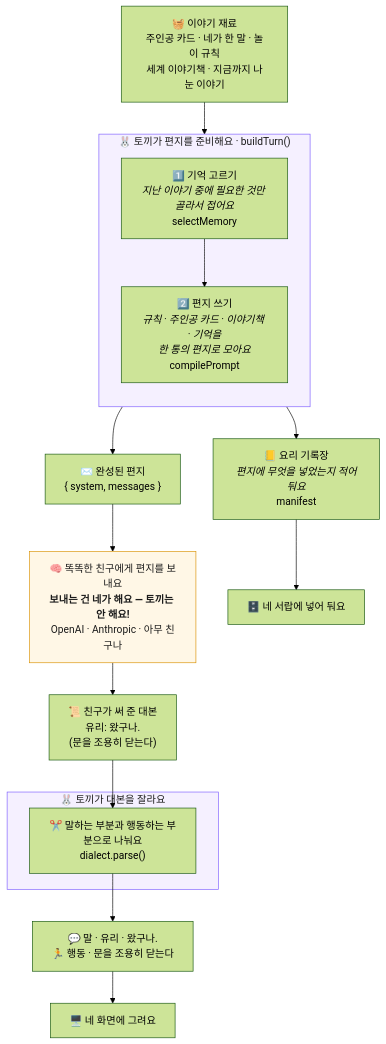
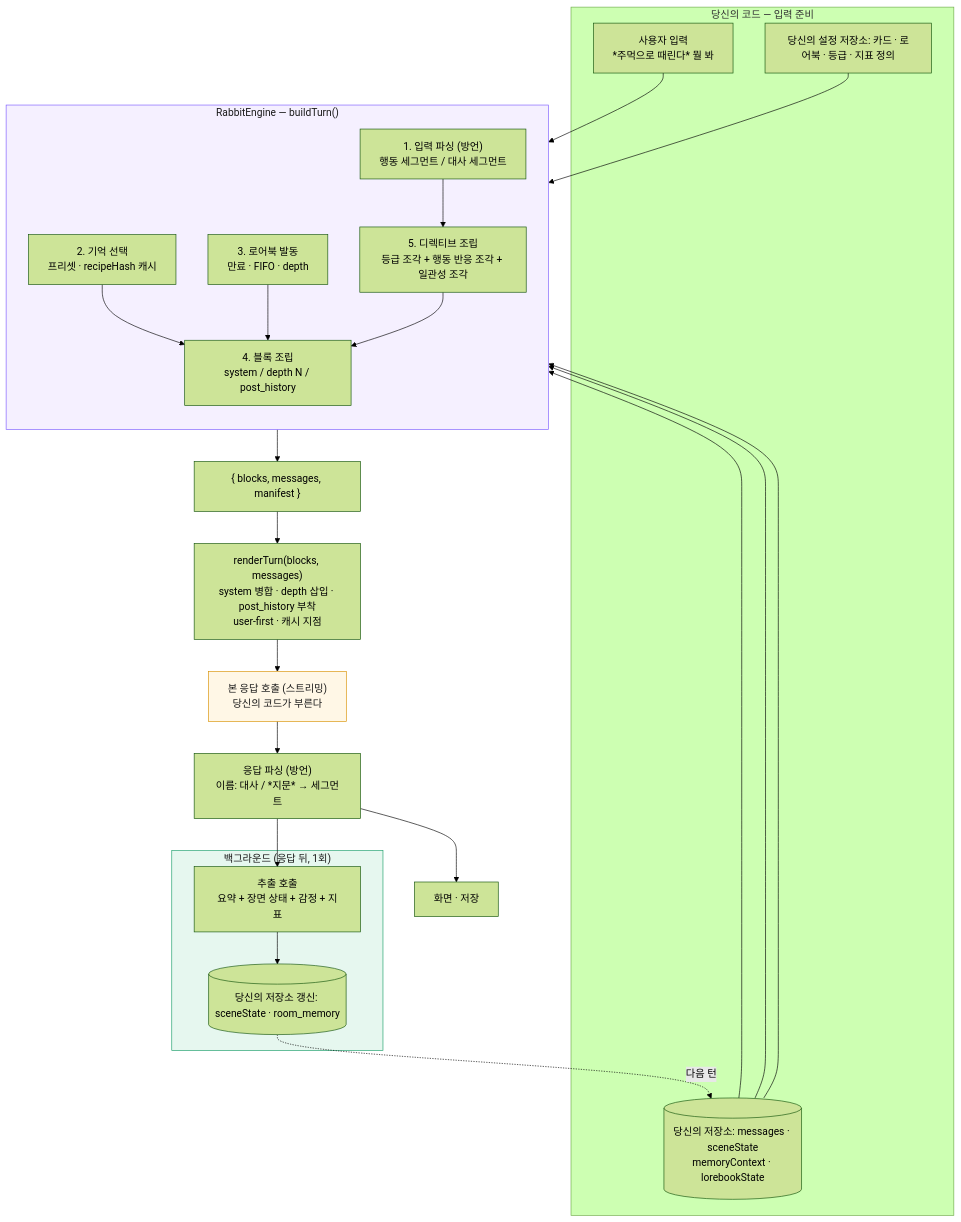
The first of 3 diagrams in README.md (saroby/RabbitEngine), drawn with Mermaid (forest theme) before and after one commit. The commit also changed other lines of this file and 5 other files, not shown here.

````diff
--- a/README.md
+++ b/README.md
@@ -11,32 +11,46 @@
 ```mermaid
 flowchart TB
-    IN["🧺 이야기 재료<br>주인공 카드 · 네가 한 말 · 놀이 규칙<br>세계 이야기책 · 지금까지 나눈 이야기"]
-
-    subgraph E1["🐰 토끼가 편지를 준비해요 · buildTurn()"]
-        direction TB
-        SM["1️⃣ 기억 고르기<br><i>지난 이야기 중에 필요한 것만 골라서 접어요</i><br>selectMemory"] --> CP["2️⃣ 편지 쓰기<br><i>규칙 · 주인공 카드 · 이야기책 · 기억을<br>한 통의 편지로 모아요</i><br>compilePrompt"]
+    subgraph HOST_IN["당신의 코드 — 입력 준비"]
+        U["사용자 입력<br>*주먹으로 때린다* 뭘 봐"]
+        DB[("당신의 저장소: messages · sceneState<br>memoryContext · lorebookState")]
+        CAT["당신의 설정 저장소: 카드 · 로어북 · 등급 · 지표 정의"]
     end
 
-    REQ["✉️ 완성된 편지<br>{ system, messages }"]
-    MAN["📒 요리 기록장<br><i>편지에 무엇을 넣었는지 적어둬요</i><br>manifest"]
-    LLM["🧠 똑똑한 친구에게 편지를 보내요<br><b>보내는 건 네가 해요 — 토끼는 안 해요!</b><br>OpenAI · Anthropic · 아무 친구나"]
-    SCR["📜 친구가 써 준 대본<br>유리: 왔구나.<br>(문을 조용히 닫는다)"]
-
-    subgraph E2["🐰 토끼가 대본을 잘라요"]
-        PARSE["✂️ 말하는 부분과 행동하는 부분으로 나눠요<br>dialect.parse()"]
+    subgraph ENGINE["RabbitEngine — buildTurn()"]
+        direction TB
+        P1["1. 입력 파싱 (방언)<br>행동 세그먼트 / 대사 세그먼트"]
+        P2["2. 기억 선택<br>프리셋 · recipeHash 캐시"]
+        P3["3. 로어북 발동<br>만료 · FIFO · depth"]
+        P4["4. 블록 조립<br>system / depth N / post_history"]
+        P5["5. 디렉티브 조립<br>등급 조각 + 행동 반응 조각 + 일관성 조각"]
+        P1 --> P5
+        P2 --> P4
+        P3 --> P4
+        P5 --> P4
     end
 
-    SEG["💬 말 · 유리 · 왔구나.<br>🏃 행동 · 문을 조용히 닫는다"]
-    UI["🖥️ 네 화면에 그려요"]
-    ST["🗄️ 네 서랍에 넣어 둬요"]
+    OUT["{ blocks, messages, manifest }"]
+    R["renderTurn(blocks, messages)<br>system 병합 · depth 삽입 · post_history 부착<br>user-first · 캐시 지점"]
+    LLM["본 응답 호출 (스트리밍)<br>당신의 코드가 부른다"]
+    PARSE["응답 파싱 (방언)<br>이름: 대사 / *지문* → 세그먼트"]
+    UI["화면 · 저장"]
 
-    IN --> SM
-    CP --> REQ
-    CP --> MAN
-    REQ --> LLM --> SCR --> PARSE --> SEG --> UI
-    MAN --> ST
+    subgraph BG["백그라운드 (응답 뒤, 1회)"]
+        X["추출 호출<br>요약 + 장면 상태 + 감정 + 지표"]
+        S[("당신의 저장소 갱신: sceneState · room_memory")]
+        X --> S
+    end
 
-    style E1 fill:#f5f0ff,stroke:#7c5cff,color:#1a1a1a
-    style E2 fill:#f5f0ff,stroke:#7c5cff,color:#1a1a1a
+    U --> P1
+    DB --> P2
+    DB --> P3
+    CAT --> P4
+    DB --> P4
+    ENGINE --> OUT --> R --> LLM --> PARSE --> UI
+    PARSE --> X
+    S -. 다음 턴 .-> DB
+
+    style ENGINE fill:#f5f0ff,stroke:#7c5cff,color:#1a1a1a
+    style BG fill:#e6f7ef,stroke:#1a9e6a,color:#1a1a1a
     style LLM fill:#fff7e6,stroke:#d99100,color:#1a1a1a
 ```
````
